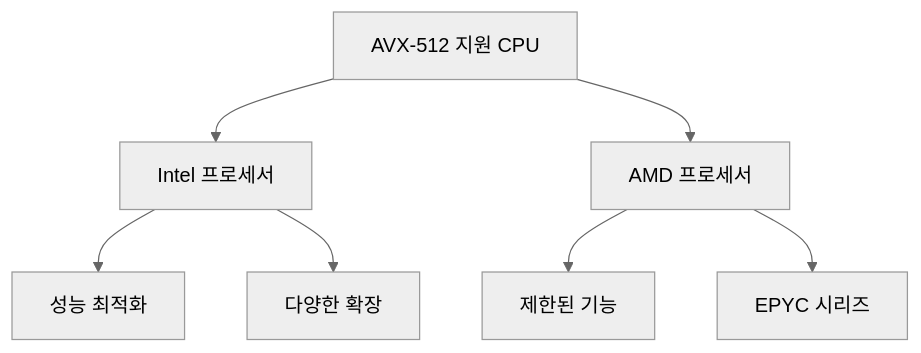
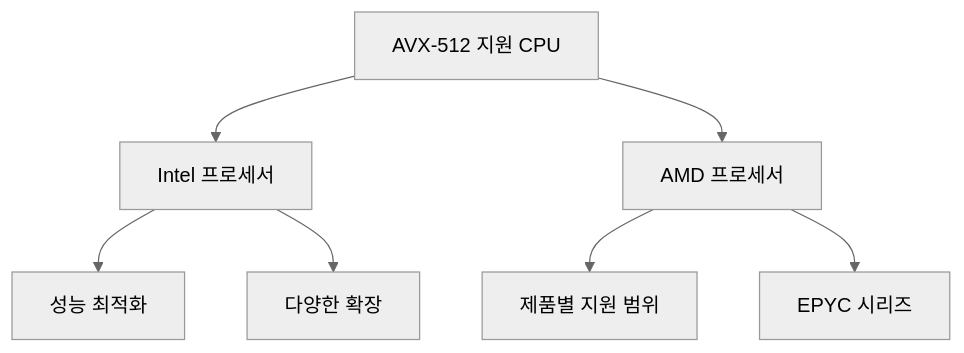
One commit to 42jerrykim/42jerrykim.github.io changed the fifth of 10 diagrams in content/post/2024/2024-11-08-FFmpeg/index.md. Above: the diagram before and after it, drawn with Mermaid (neutral theme). The commit also changed other lines of this file and 239 other files, not shown here.

````diff
--- a/content/post/2024/2024-11-08-FFmpeg/index.md
+++ b/content/post/2024/2024-11-08-FFmpeg/index.md
@@ -329,9 +270,16 @@
 ```mermaid
-graph TD;
-    A[AVX-512 지원 CPU] --> B[Intel 프로세서]
-    A --> C[AMD 프로세서]
-    B --> D[성능 최적화]
-    B --> E[다양한 확장]
-    C --> F[제한된 기능]
-    C --> G[EPYC 시리즈]
+graph TD
+    avx512Cpu["AVX-512 지원 CPU"]
+    intelProc["Intel 프로세서"]
+    amdProc["AMD 프로세서"]
+    perfOpt["성능 최적화"]
+    extSetIntel["다양한 확장"]
+    amdLimit["제품별 지원 범위"]
+    epycSeries["EPYC 시리즈"]
+    avx512Cpu --> intelProc
+    avx512Cpu --> amdProc
+    intelProc --> perfOpt
+    intelProc --> extSetIntel
+    amdProc --> amdLimit
+    amdProc --> epycSeries
 ```
````
